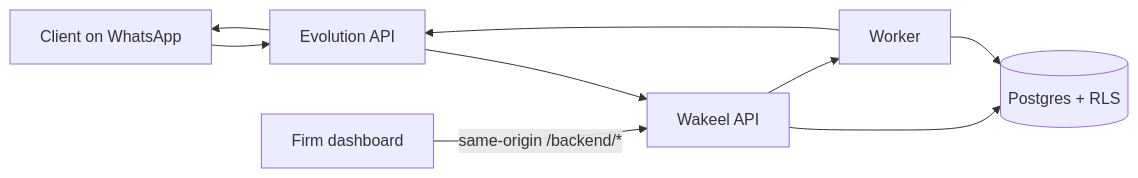
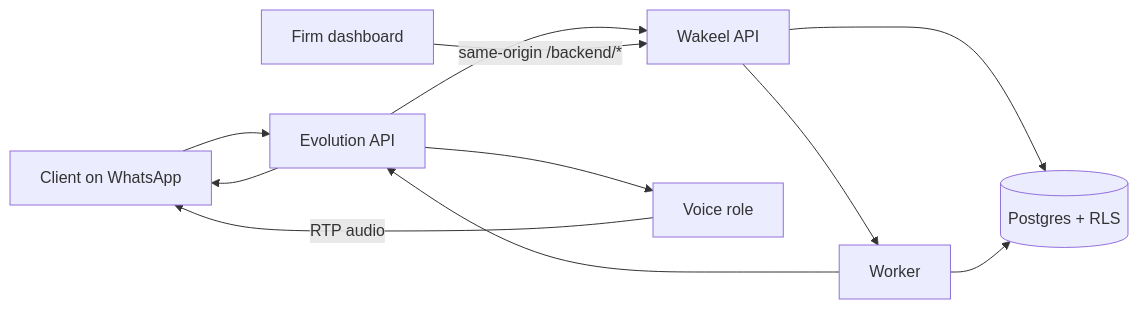
The first of 2 diagrams in README.md (baigcoder/lawyer-agency), drawn with Mermaid before and after one commit. The commit also changed other lines of this file, not shown here.

First line of the commit message:
docs(readme): document the AI pipeline, voice, and language behaviour

````diff
--- a/README.md
+++ b/README.md
@@ -54,16 +55,19 @@
 ```mermaid
 flowchart LR
   client[Client on WhatsApp]
   evo[Evolution API]
   api[Wakeel API]
   worker[Worker]
+  voice[Voice role]
   db[(Postgres + RLS)]
   dash[Firm dashboard]
 
   client --> evo --> api
   api --> db
   api --> worker
   worker --> db
   worker --> evo --> client
+  evo --> voice
+  voice -->|"RTP audio"| client
   dash -->|"same-origin /backend/*"| api
 ```
````
